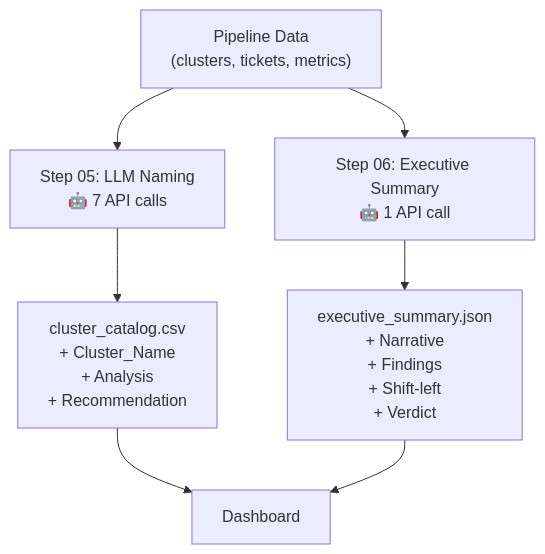
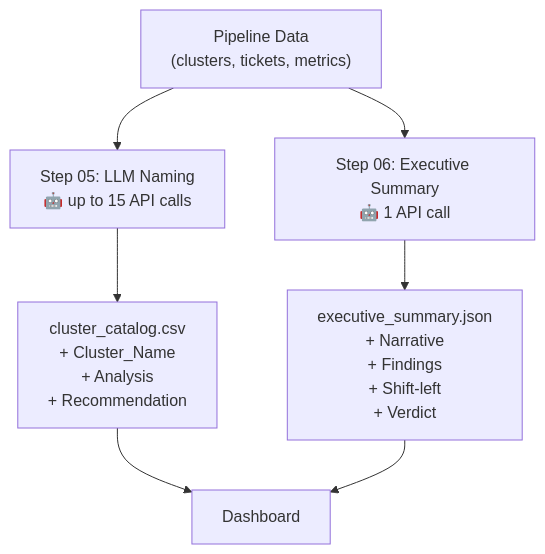
Before and after one commit to Yaswanthsai888/Ticket-Pattern-Mining: the third of 3 diagrams in application_textbook.md, drawn with Mermaid. The commit also changed other lines of this file and 16 other files, not shown here.

Commit message:
Refactor pipeline LLM integration and improve dashboard metrics

````diff
--- a/application_textbook.md
+++ b/application_textbook.md
@@ -324,11 +324,11 @@
 ```mermaid
 flowchart TB
-    A["Pipeline Data<br/>(clusters, tickets, metrics)"] --> B["Step 05: LLM Naming<br/>🤖 7 API calls"]
+    A["Pipeline Data<br/>(clusters, tickets, metrics)"] --> B["Step 05: LLM Naming<br/>🤖 up to 15 API calls"]
     A --> C["Step 06: Executive Summary<br/>🤖 1 API call"]
     
     B --> D["cluster_catalog.csv<br/>+ Cluster_Name<br/>+ Analysis<br/>+ Recommendation"]
     C --> E["executive_summary.json<br/>+ Narrative<br/>+ Findings<br/>+ Shift-left<br/>+ Verdict"]
     
     D --> F["Dashboard"]
     E --> F
 ```
````
